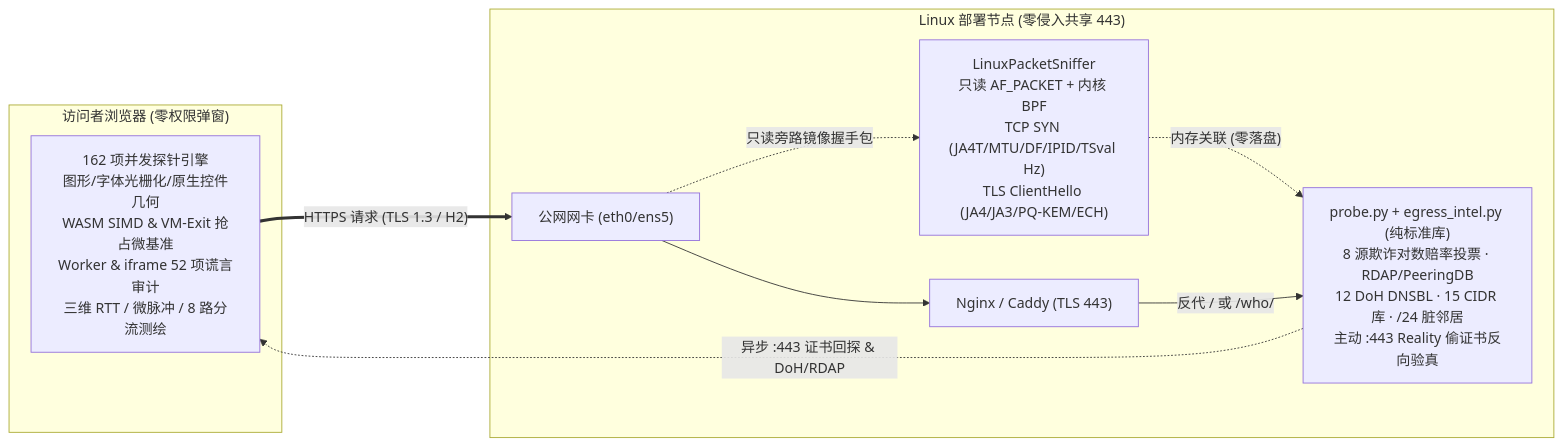
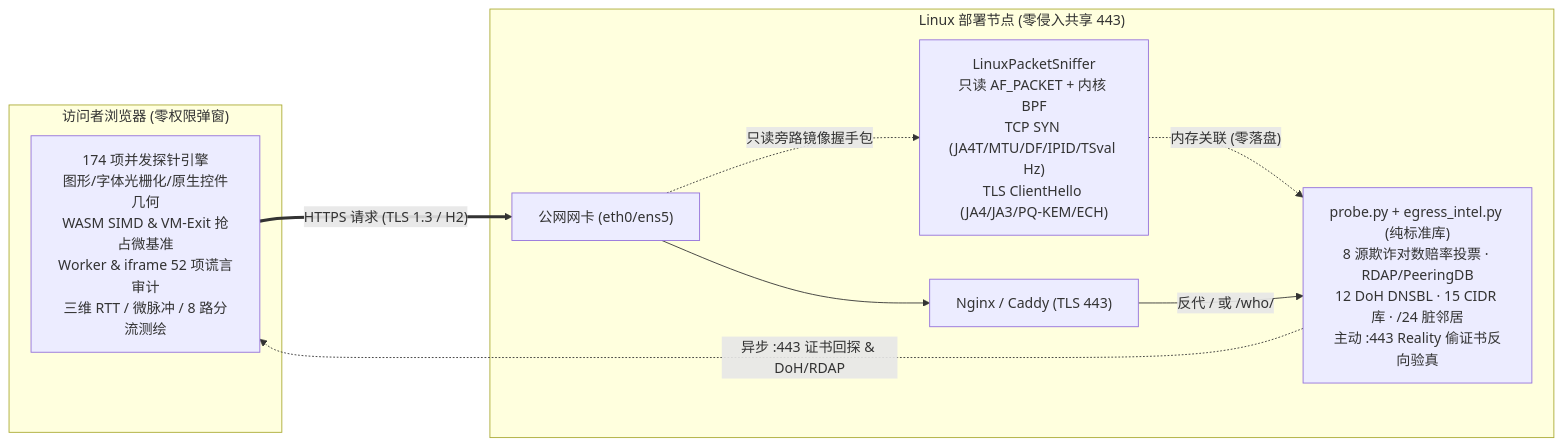
The diagram in README.md (zzusec/whoprobe), drawn with Mermaid before and after one commit. The commit also changed other lines of this file and 9 other files, not shown here.

````diff
--- a/README.md
+++ b/README.md
@@ -30,20 +30,20 @@
 ```mermaid
 flowchart LR
   subgraph Client["访问者浏览器 (零权限弹窗)"]
-    JS["162 项并发探针引擎\n图形/字体光栅化/原生控件几何\nWASM SIMD & VM-Exit 抢占微基准\nWorker & iframe 52 项谎言审计\n三维 RTT / 微脉冲 / 8 路分流测绘"]
+    JS["174 项并发探针引擎\n图形/字体光栅化/原生控件几何\nWASM SIMD & VM-Exit 抢占微基准\nWorker & iframe 52 项谎言审计\n三维 RTT / 微脉冲 / 8 路分流测绘"]
   end
 
   subgraph Edge["Linux 部署节点 (零侵入共享 443)"]
     NIC["公网网卡 (eth0/ens5)"]
     NGX["Nginx / Caddy (TLS 443)"]
     BPF["LinuxPacketSniffer\n只读 AF_PACKET + 内核 BPF\nTCP SYN (JA4T/MTU/DF/IPID/TSval Hz)\nTLS ClientHello (JA4/JA3/PQ-KEM/ECH)"]
     APP["probe.py + egress_intel.py (纯标准库)\n8 源欺诈对数赔率投票 · RDAP/PeeringDB\n12 DoH DNSBL · 15 CIDR 库 · /24 脏邻居\n主动 :443 Reality 偷证书反向验真"]
   end
 
   JS == "HTTPS 请求 (TLS 1.3 / H2)" ==> NIC
   NIC --> NGX
   NIC -. "只读旁路镜像握手包" .-> BPF
   BPF -. "内存关联 (零落盘)" .-> APP
   NGX -- "反代 / 或 /who/" --> APP
   APP -. "异步 :443 证书回探 & DoH/RDAP" .-> JS
 ```
````
